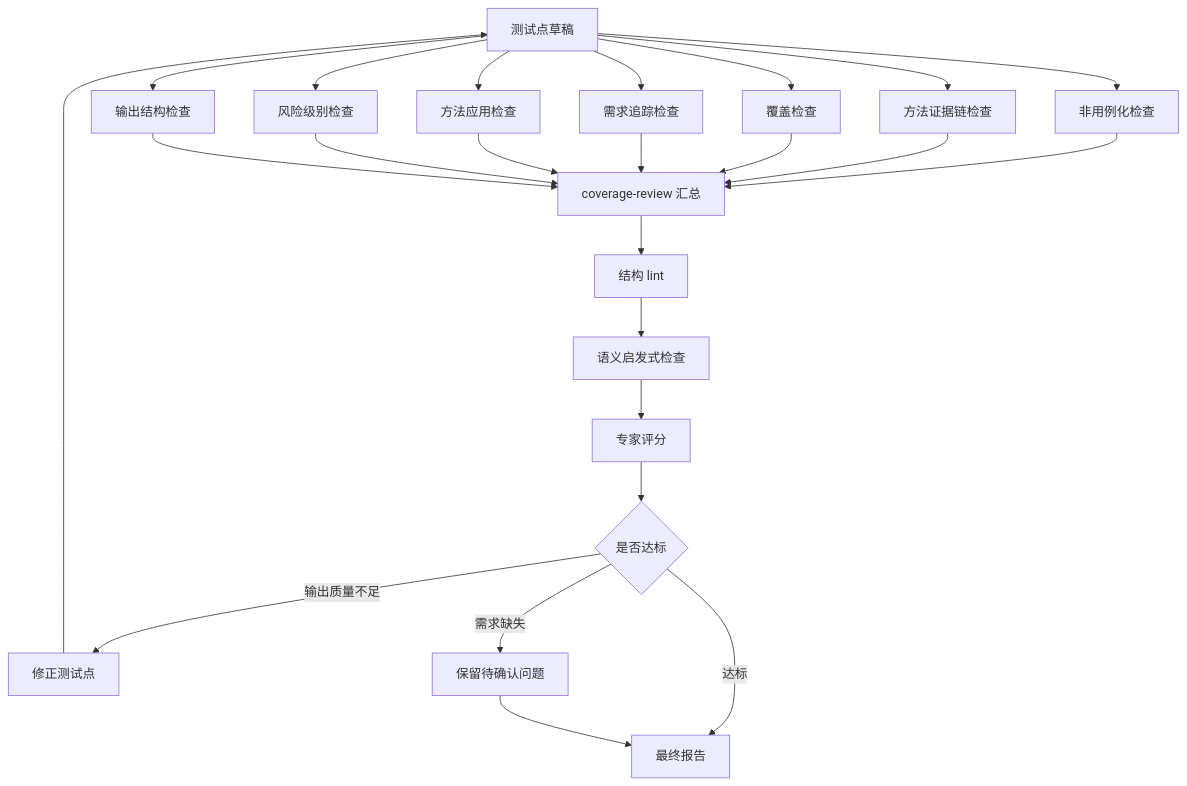
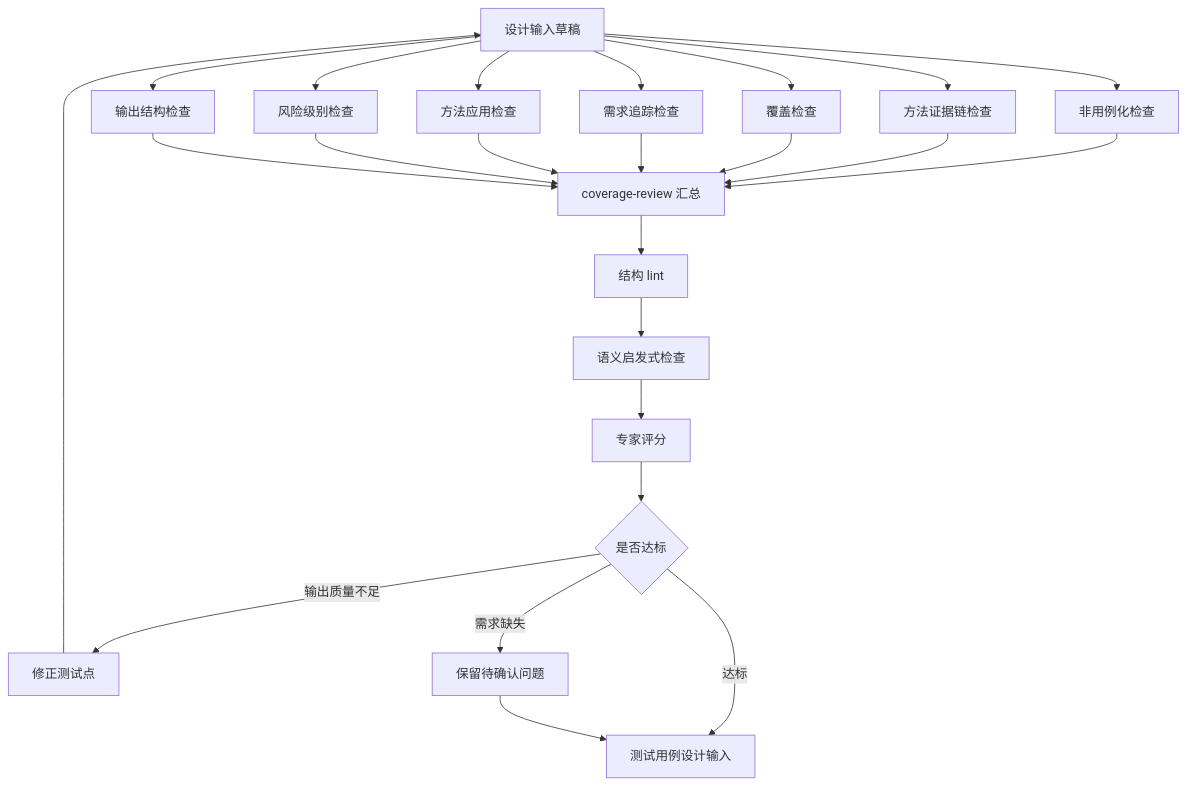
Before and after one commit to szluoqy-byte/Test-Analysis-Agent: the eighth of 8 diagrams in docs/test-analysis-agent-design.md, drawn with Mermaid. The commit also changed other lines of this file and 26 other files, not shown here.

````diff
--- a/docs/test-analysis-agent-design.md
+++ b/docs/test-analysis-agent-design.md
@@ -445,28 +447,28 @@
 ```mermaid
 flowchart TD
-  Draft["测试点草稿"] --> NonCase["非用例化检查"]
+  Draft["设计输入草稿"] --> NonCase["非用例化检查"]
   Draft --> EvidenceGate["方法证据链检查"]
   Draft --> Coverage["覆盖检查"]
   Draft --> Trace["需求追踪检查"]
   Draft --> Method["方法应用检查"]
   Draft --> Risk["风险级别检查"]
   Draft --> Schema["输出结构检查"]
 
   NonCase --> Review["coverage-review 汇总"]
   EvidenceGate --> Review
   Coverage --> Review
   Trace --> Review
   Method --> Review
   Risk --> Review
   Schema --> Review
 
   Review --> Lint["结构 lint"]
   Lint --> Semantic["语义启发式检查"]
   Semantic --> Score["专家评分"]
   Score --> Gate{"是否达标"}
-  Gate -- "达标" --> Final["最终报告"]
+  Gate -- "达标" --> Final["测试用例设计输入"]
   Gate -- "输出质量不足" --> Revise["修正测试点"]
   Revise --> Draft
   Gate -- "需求缺失" --> Questions["保留待确认问题"]
   Questions --> Final
 ```
````
